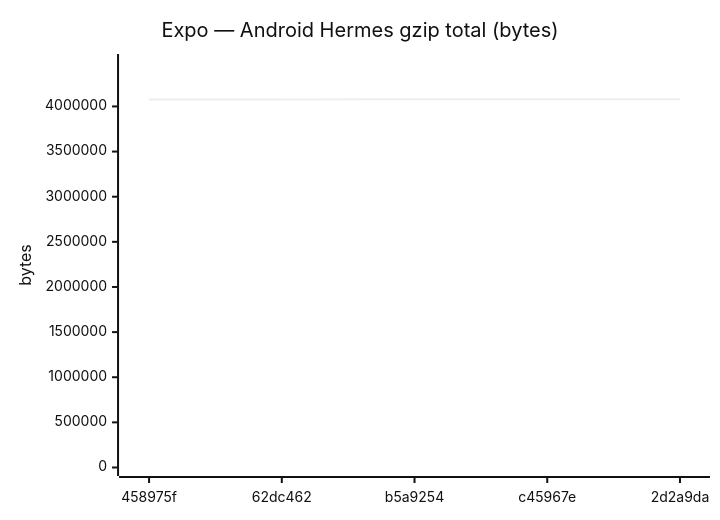
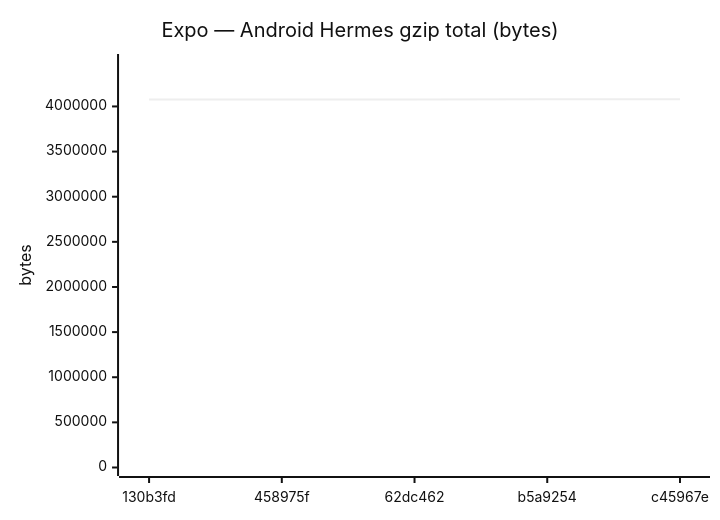
Diagram 11 of 18 in benchmarks/compare.md (Metaheurist/Rianell), drawn with Mermaid (neutral theme) before and after one commit. The commit also changed other lines of this file and 11 other files, not shown here.

````diff
--- a/benchmarks/compare.md
+++ b/benchmarks/compare.md
@@ -172,7 +172,7 @@
 ```mermaid
 xychart-beta
     title "Expo — Android Hermes gzip total (bytes)"
-    x-axis ["458975f", "62dc462", "b5a9254", "c45967e", "2d2a9da"]
+    x-axis ["130b3fd", "458975f", "62dc462", "b5a9254", "c45967e"]
     y-axis "bytes" 0 --> 4486786
-    line [4077341, 4077340, 4078885, 4078896, 4078895]
+    line [4077332, 4077341, 4077340, 4078885, 4078896]
 ```
````
